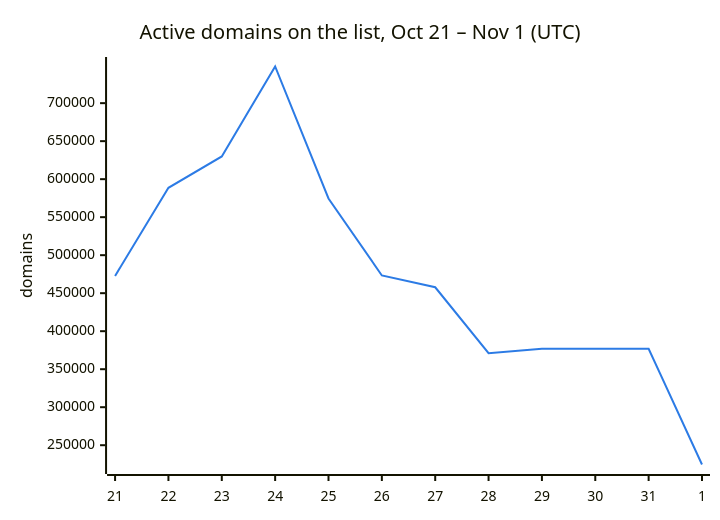
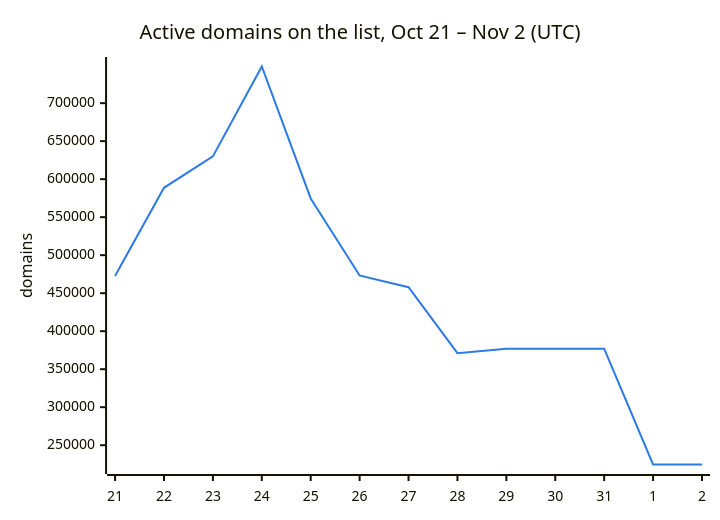
Before and after one commit to DNSBunker/CTI: the second of 3 diagrams in README.md, drawn with Mermaid. The commit also changed other lines of this file and 3 other files, not shown here.

First line of the commit message:
Update 2026-11-02 00:05 UTC: 224610 domains

````diff
--- a/README.md
+++ b/README.md
@@ -38,8 +38,8 @@
 ```mermaid
 %%{init: {"themeVariables": {"xyChart": {"plotColorPalette": "#2c7be5"}}}}%%
 xychart-beta
-    title "Active domains on the list, Oct 21 – Nov 1 (UTC)"
-    x-axis ["21", "22", "23", "24", "25", "26", "27", "28", "29", "30", "31", "1"]
+    title "Active domains on the list, Oct 21 – Nov 2 (UTC)"
+    x-axis ["21", "22", "23", "24", "25", "26", "27", "28", "29", "30", "31", "1", "2"]
     y-axis "domains"
-    line [472713, 588659, 629951, 748222, 574614, 473331, 457795, 371010, 376945, 376945, 376945, 224620]
+    line [472713, 588659, 629951, 748222, 574614, 473331, 457795, 371010, 376945, 376945, 376945, 224607, 224610]
 ```
````
